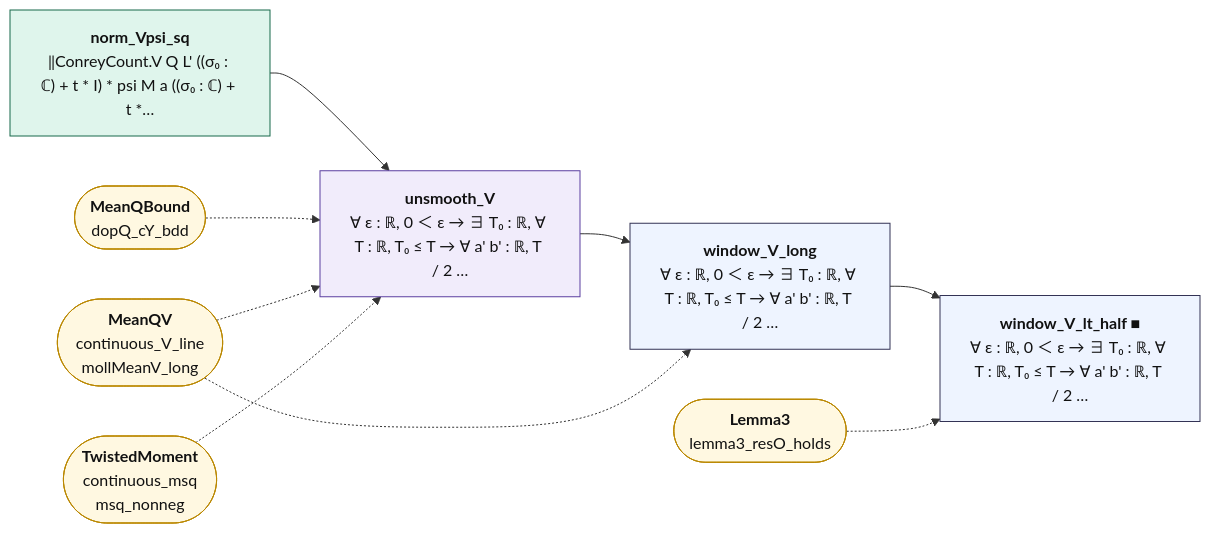
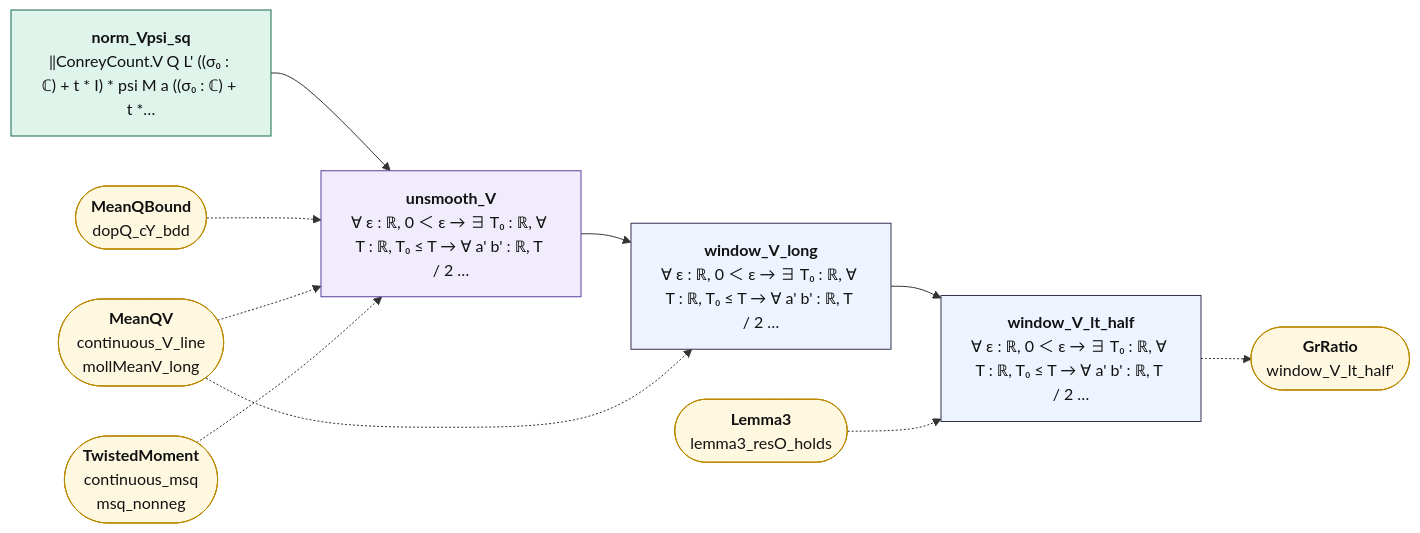
One commit to juliansambranojr/Primebeat_081426 changed the diagram in map/lean_stage3/MeanQ.mmd. Above: the diagram before and after it, drawn with Mermaid. The commit also changed 27 other files, not shown here.

```diff
--- a/map/lean_stage3/MeanQ.mmd
+++ b/map/lean_stage3/MeanQ.mmd
@@ -1,25 +1,27 @@
 flowchart LR
   n0["<b>norm_Vpsi_sq</b><br/>‖ConreyCount.V Q L' ((σ₀ : ℂ) + t * I) * psi M a ((σ₀ : ℂ) + t *…"]:::cnt
   n1["<b>unsmooth_V</b><br/>∀ ε : ℝ, 0 ＜ ε → ∃ T₀ : ℝ, ∀ T : ℝ, T₀ ≤ T → ∀ a' b' : ℝ, T / 2 …"]:::shp
   n2["<b>window_V_long</b><br/>∀ ε : ℝ, 0 ＜ ε → ∃ T₀ : ℝ, ∀ T : ℝ, T₀ ≤ T → ∀ a' b' : ℝ, T / 2 …"]:::thm
-  n3["<b>window_V_lt_half ■</b><br/>∀ ε : ℝ, 0 ＜ ε → ∃ T₀ : ℝ, ∀ T : ℝ, T₀ ≤ T → ∀ a' b' : ℝ, T / 2 …"]:::thm
+  n3["<b>window_V_lt_half</b><br/>∀ ε : ℝ, 0 ＜ ε → ∃ T₀ : ℝ, ∀ T : ℝ, T₀ ≤ T → ∀ a' b' : ℝ, T / 2 …"]:::thm
   x0(["<b>MeanQBound</b><br/>dopQ_cY_bdd"]):::ext
   x1(["<b>MeanQV</b><br/>continuous_V_line<br/>mollMeanV_long"]):::ext
   x2(["<b>TwistedMoment</b><br/>continuous_msq<br/>msq_nonneg"]):::ext
   x3(["<b>Lemma3</b><br/>lemma3_resO_holds"]):::ext
+  x4(["<b>GrRatio</b><br/>window_V_lt_half'"]):::ext
   n0 --> n1
   n1 --> n2
   n2 --> n3
+  n3 -.-> x4
   x0 -.-> n1
   x1 -.-> n1
   x1 -.-> n2
   x2 -.-> n1
   x3 -.-> n3
   classDef cnt fill:#dff5ec,stroke:#17694a,color:#111
   classDef shp fill:#f1ecfb,stroke:#5b3fa0,color:#111
   classDef rh fill:#ffe5e5,stroke:#c22,color:#111,stroke-width:2px
   classDef thm fill:#eef4ff,stroke:#335,color:#111
   classDef end_ fill:#e7f7e7,stroke:#2a7,color:#111,stroke-width:2px
   classDef lone fill:#fff,stroke:#999,color:#111,stroke-dasharray:4 3
   classDef bad fill:#ffe5e5,stroke:#c22,color:#111,stroke-width:2px
   classDef ext fill:#fff8e1,stroke:#b80,color:#111
```
